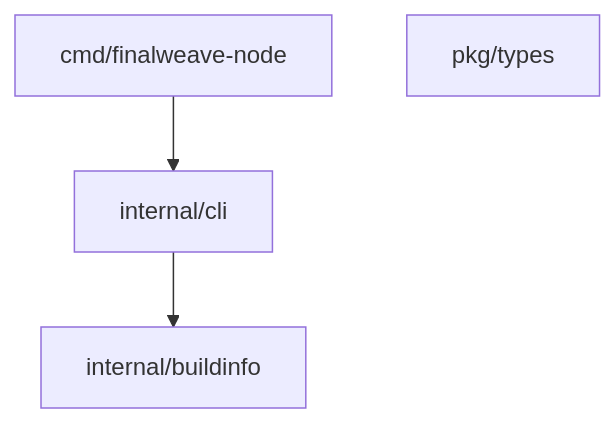
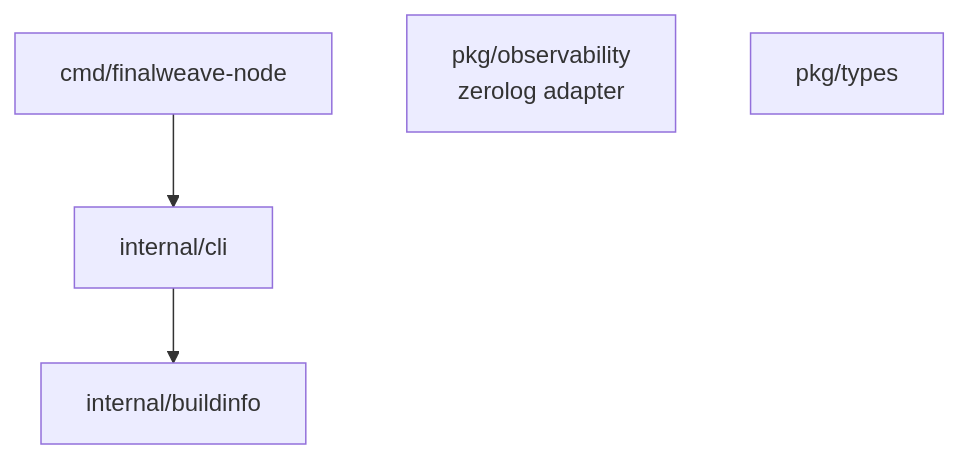
Before and after one commit to wowtrust/final-weave: the diagram in doc/07-code-architecture.md, drawn with Mermaid. The commit also changed other lines of this file and 5 other files, not shown here.

````diff
--- a/doc/07-code-architecture.md
+++ b/doc/07-code-architecture.md
@@ -49,6 +52,7 @@
 ```mermaid
 flowchart TB
     CMD["cmd/finalweave-node"] --> CLI["internal/cli"]
     CLI --> BUILD["internal/buildinfo"]
+    OBS["pkg/observability<br/>zerolog adapter"]
     TYPES["pkg/types"]
 ```
````
